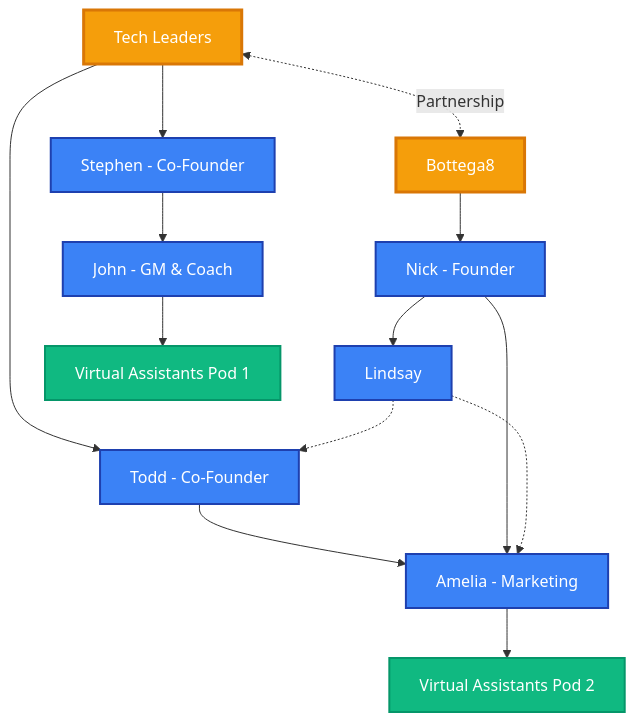
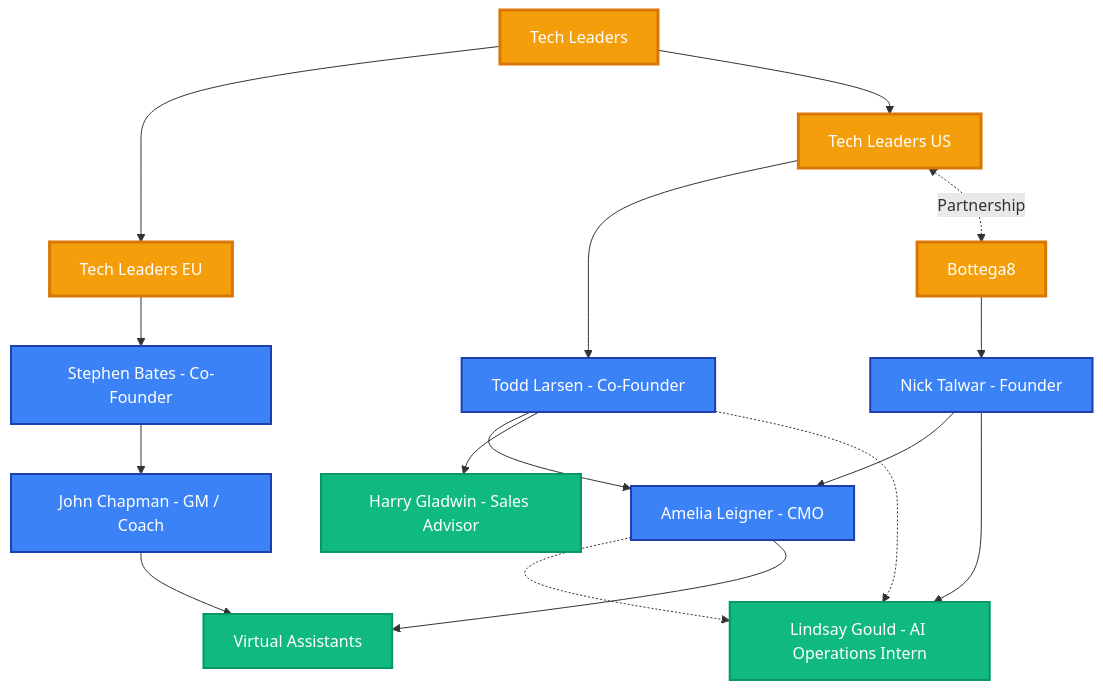
The diagram in org.md (todoubled/technical-leaders), drawn with Mermaid before and after one commit. The commit also changed other lines of this file, not shown here.

Commit message:
update org chart

````diff
--- a/org.md
+++ b/org.md
@@ -3,39 +3,45 @@
 ```mermaid
 graph TD
     TL[Tech Leaders]
+    TL1[Tech Leaders EU]
+    TL2[Tech Leaders US]
     B8[Bottega8]
 
-    Todd[Todd - Co-Founder]
-    Stephen[Stephen - Co-Founder]
-    John[John - GM & Coach]
-    Nick[Nick - Founder]
-    Amelia[Amelia - Marketing]
-    Lindsay[Lindsay]
-    VAs1[Virtual Assistants Pod 1]
-    VAs2[Virtual Assistants Pod 2]
+    Todd[Todd Larsen - Co-Founder]
+    Stephen[Stephen Bates - Co-Founder]
+    John[John Chapman - GM / Coach]
+    Nick[Nick Talwar - Founder]
+    Amelia[Amelia Leigner - CMO]
+    Lindsay[Lindsay Gould - AI Operations Intern]
+    VAs[Virtual Assistants]
+    Harry[Harry Gladwin - Sales Advisor]
 
-    TL --> Todd
-    TL --> Stephen
+
+    TL --> TL1
+    TL --> TL2
+    TL2 --> Todd
+    TL1 --> Stephen
     B8 --> Nick
 
     Stephen --> John
     Todd --> Amelia
+    Todd --> Harry
     Nick --> Amelia
     Nick --> Lindsay
 
-    Lindsay -.-> Todd
-    Lindsay -.-> Amelia
+    Amelia -.-> Lindsay
+    Todd -.-> Lindsay
 
-    John --> VAs1
-    Amelia --> VAs2
+    John --> VAs
+    Amelia --> VAs
 
-    TL <-.Partnership.-> B8
+    TL2 <-.Partnership.-> B8
 
     classDef company fill:#f59e0b,stroke:#d97706,stroke-width:3px,color:#fff
     classDef leader fill:#3b82f6,stroke:#1e40af,stroke-width:2px,color:#fff
     classDef va fill:#10b981,stroke:#059669,stroke-width:2px,color:#fff
 
-    class TL,B8 company
-    class Todd,Stephen,John,Nick,Amelia,Lindsay leader
-    class VAs1,VAs2 va
+    class TL,B8,TL1,TL2 company
+    class Todd,Stephen,John,Nick,Amelia leader
+    class VAs,Harry,Lindsay va
 ```
````
